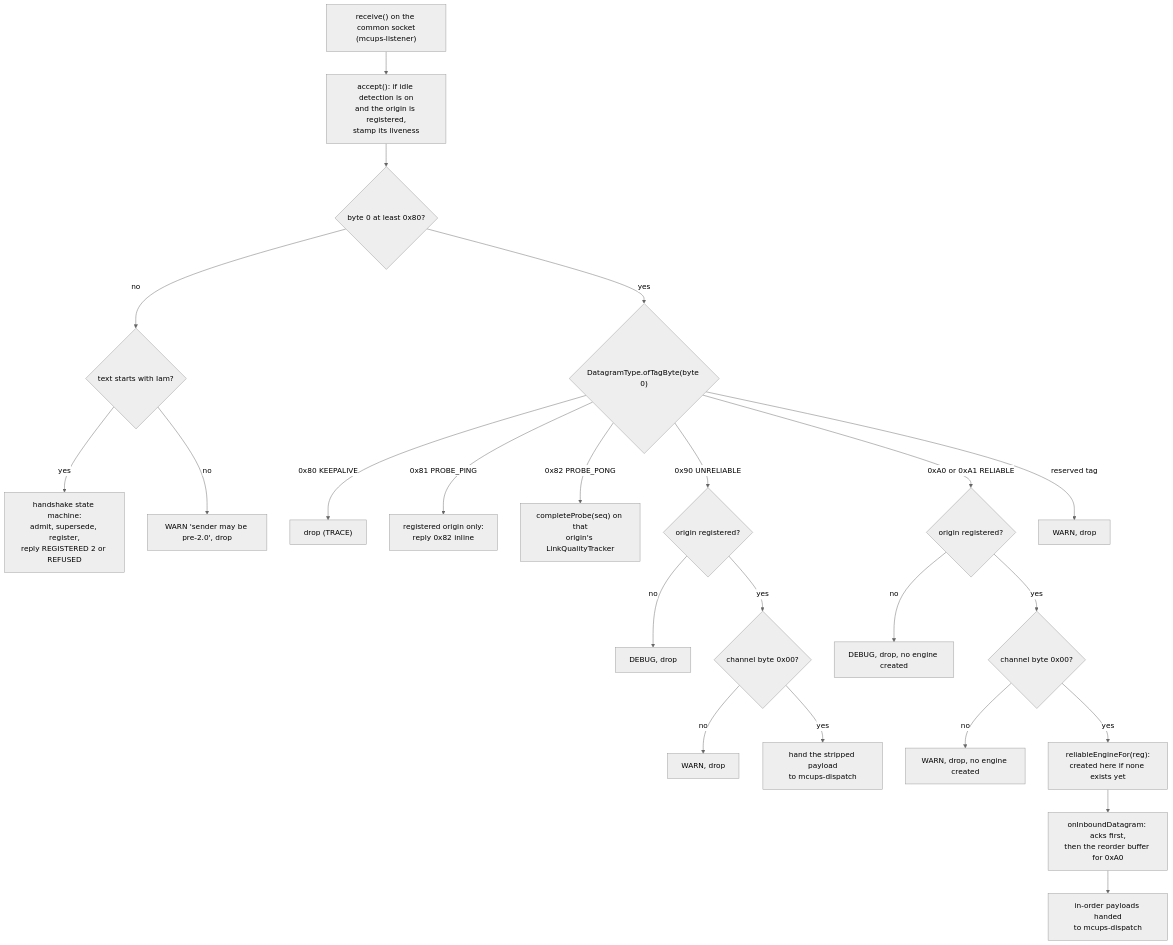
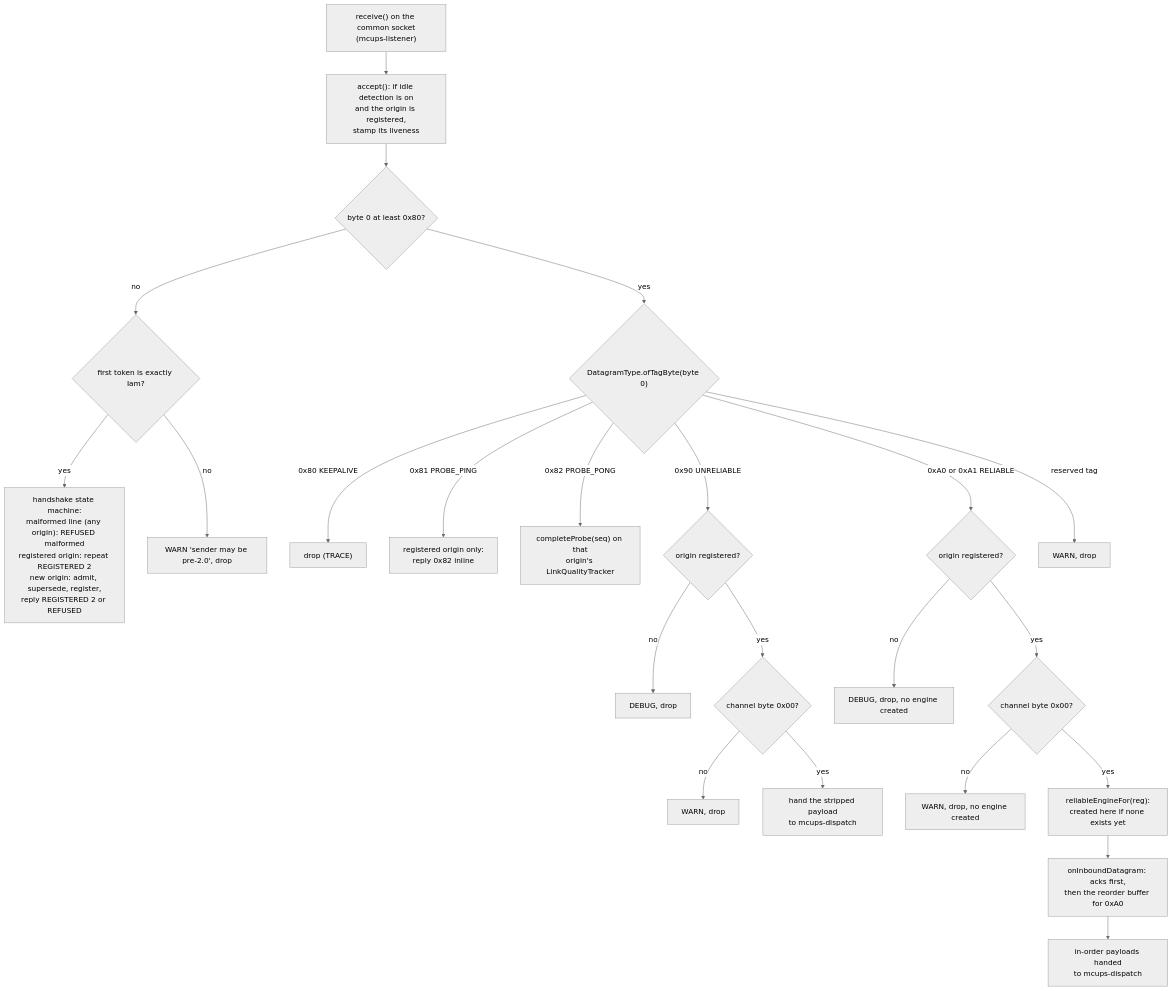
Before and after one commit to SpartanLaboratories/WebTools: the first of 2 diagrams in docs/webtools-udp-architecture.md, drawn with Mermaid (neutral theme). The commit also changed other lines of this file and 2 other files, not shown here.

Commit message:
docs: describe the malformed Iam refusal and refresh the protocol line references (Issue #38)
The protocol reference recorded the empty-name registration as an open
as-built quirk tracked as #38, and the README and the architecture
reference described a handshake in which only admit() refuses. With the
fix in place they state the malformed rule and the REFUSED malformed
reply to any origin. The README and the protocol reference add that a
registration the origin already holds is kept. The protocol reference
also says that a mid-session peer can therefore receive an unframed
REFUSED, and lists the replies a source address can draw with and
without a registration; the README links to it for those.

The protocol reference's File.kt:N references are corrected: 21 of its
37 were already stale on master, and the ones into the files this
change edits are recomputed from the files the previous commits leave.
Every row of its section 9 table now cites its source. The
architecture reference's line reference at line 52 and its handshake
flowchart node are refreshed to match.

````diff
--- a/docs/webtools-udp-architecture.md
+++ b/docs/webtools-udp-architecture.md
@@ -107,25 +107,25 @@
 ```mermaid
 flowchart TD
     RX["receive() on the common socket<br/>(mcups-listener)"] --> STAMP["accept(): if idle detection is on<br/>and the origin is registered,<br/>stamp its liveness"]
     STAMP --> TAG{"byte 0 at least 0x80?"}
-    TAG -->|"no"| ISIAM{"text starts with Iam?"}
-    ISIAM -->|"yes"| HS["handshake state machine:<br/>admit, supersede, register,<br/>reply REGISTERED 2 or REFUSED"]
+    TAG -->|"no"| ISIAM{"first token is exactly Iam?"}
+    ISIAM -->|"yes"| HS["handshake state machine:<br/>malformed line (any origin): REFUSED malformed<br/>registered origin: repeat REGISTERED 2<br/>new origin: admit, supersede, register,<br/>reply REGISTERED 2 or REFUSED"]
     ISIAM -->|"no"| DROPT["WARN 'sender may be pre-2.0', drop"]
     TAG -->|"yes"| SWITCH{"DatagramType.ofTagByte(byte 0)"}
     SWITCH -->|"0x80 KEEPALIVE"| KA["drop (TRACE)"]
     SWITCH -->|"0x81 PROBE_PING"| PING["registered origin only:<br/>reply 0x82 inline"]
     SWITCH -->|"0x82 PROBE_PONG"| PONG["completeProbe(seq) on that<br/>origin's LinkQualityTracker"]
     SWITCH -->|"0x90 UNRELIABLE"| UNREL{"origin registered?"}
     SWITCH -->|"0xA0 or 0xA1 RELIABLE"| REL{"origin registered?"}
     SWITCH -->|"reserved tag"| DROP["WARN, drop"]
     UNREL -->|"no"| DROPU["DEBUG, drop"]
     UNREL -->|"yes"| CHU{"channel byte 0x00?"}
     CHU -->|"no"| DROPCU["WARN, drop"]
     CHU -->|"yes"| DISPU["hand the stripped payload<br/>to mcups-dispatch"]
     REL -->|"no"| DROPR["DEBUG, drop, no engine created"]
     REL -->|"yes"| CHR{"channel byte 0x00?"}
     CHR -->|"no"| DROPCR["WARN, drop, no engine created"]
     CHR -->|"yes"| ENGINE["reliableEngineFor(reg):<br/>created here if none exists yet"]
     ENGINE --> ACK["onInboundDatagram: acks first,<br/>then the reorder buffer for 0xA0"]
     ACK --> DISPR["in-order payloads handed<br/>to mcups-dispatch"]
 ```
````
